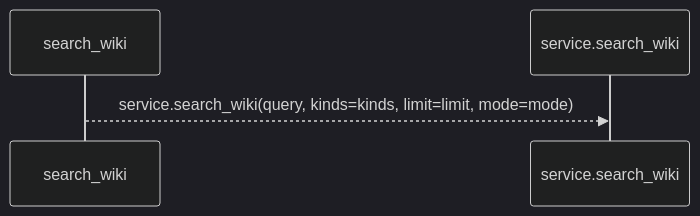
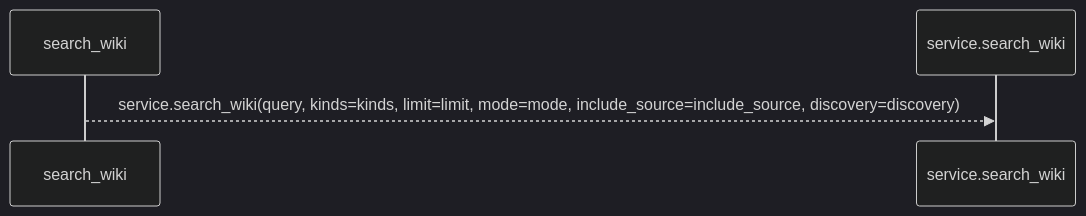
One commit to Denissvgn/python-wiki-llm changed the first of 2 diagrams in docs/llm_wiki/flows/mcp-search_wiki.md. Above: the diagram before and after it, drawn with Mermaid (dark theme). The commit also changed other lines of this file and 450 other files, not shown here.

Commit message:
Refresh maintained wiki from qualified source and workflow guidance

````diff
--- a/docs/llm_wiki/flows/mcp-search_wiki.md
+++ b/docs/llm_wiki/flows/mcp-search_wiki.md
@@ -12,6 +12,6 @@
 ```mermaid
 sequenceDiagram
     participant p0 as search_wiki
     participant p1 as service.search_wiki
-    p0-->>p1: service.search_wiki(query, kinds=kinds, limit=limit, mode=mode)
+    p0-->>p1: service.search_wiki(query, kinds=kinds, limit=limit, mode=mode, include_source=include_source, discovery=discovery)
 ```
````
